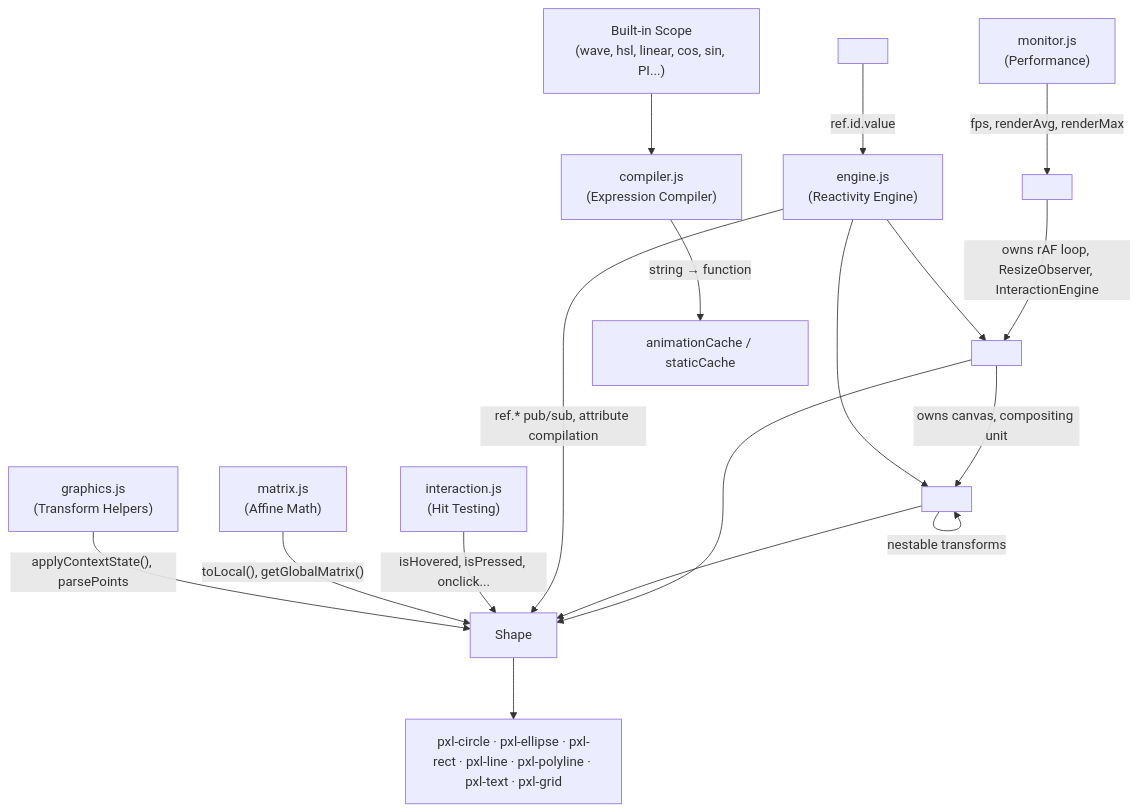
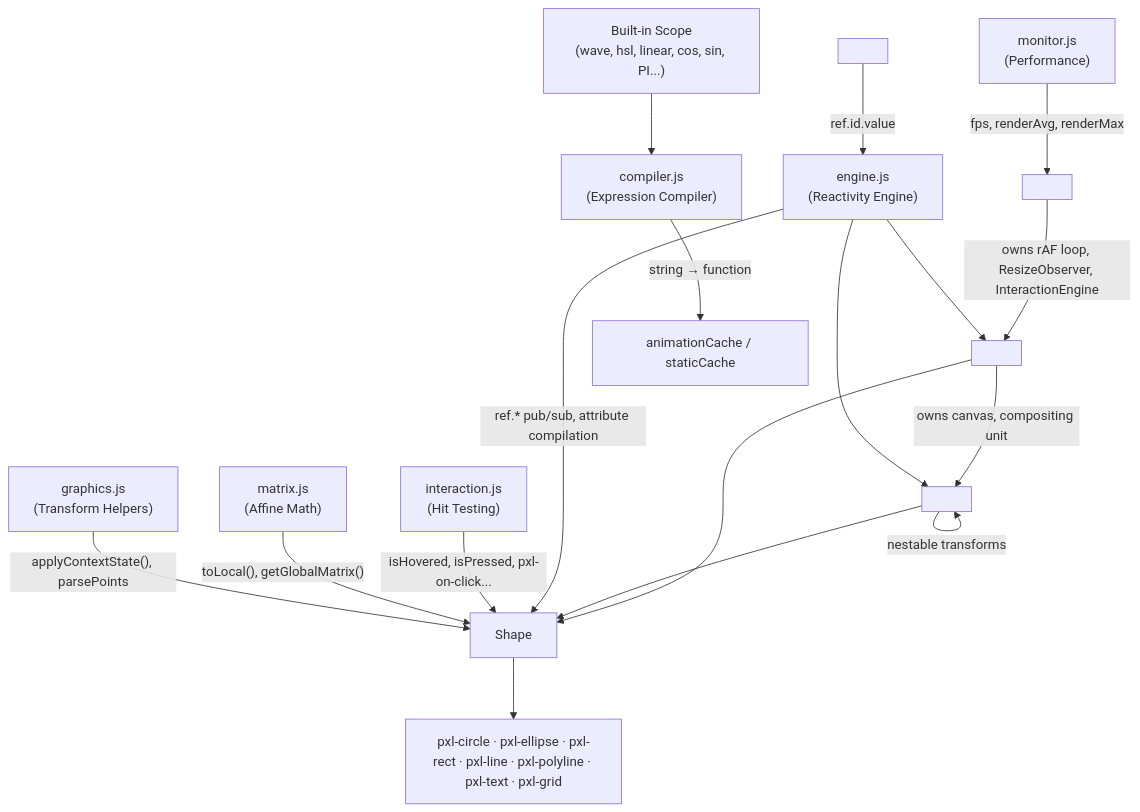
One commit to woodoo-labs/kilopixel changed the diagram in .agents/KILOPIXEL.md. Above: the diagram before and after it, drawn with Mermaid. The commit also changed other lines of this file and 20 other files, not shown here.

````diff
--- a/.agents/KILOPIXEL.md
+++ b/.agents/KILOPIXEL.md
@@ -54,22 +54,22 @@
 ```mermaid
 graph TD
     A["<pxl-stage>"] -->|"owns rAF loop, ResizeObserver, InteractionEngine"| B["<pxl-layer>"]
     B -->|"owns canvas, compositing unit"| C["<pxl-group>"]
     B --> D["Shape"]
     C -->|"nestable transforms"| C
     C --> D
     D --> E["pxl-circle · pxl-ellipse · pxl-rect · pxl-line · pxl-polyline · pxl-text · pxl-grid"]
 
     F["compiler.js<br/>(Expression Compiler)"] -->|"string → function"| G["animationCache / staticCache"]
     I["Built-in Scope<br/>(wave, hsl, linear, cos, sin, PI...)"] --> F
 
     H["engine.js<br/>(Reactivity Engine)"] -->|"ref.* pub/sub, attribute compilation"| D
     H --> B
     H --> C
 
     J["<pxl-var>"] -->|"ref.id.value"| H
     K["monitor.js<br/>(Performance)"] -->|"fps, renderAvg, renderMax"| A
-    L["interaction.js<br/>(Hit Testing)"] -->|"isHovered, isPressed, onclick..."| D
+    L["interaction.js<br/>(Hit Testing)"] -->|"isHovered, isPressed, pxl-on-click..."| D
     M["matrix.js<br/>(Affine Math)"] -->|"toLocal(), getGlobalMatrix()"| D
     N["graphics.js<br/>(Transform Helpers)"] -->|"applyContextState(), parsePoints"| D
 ```
````
